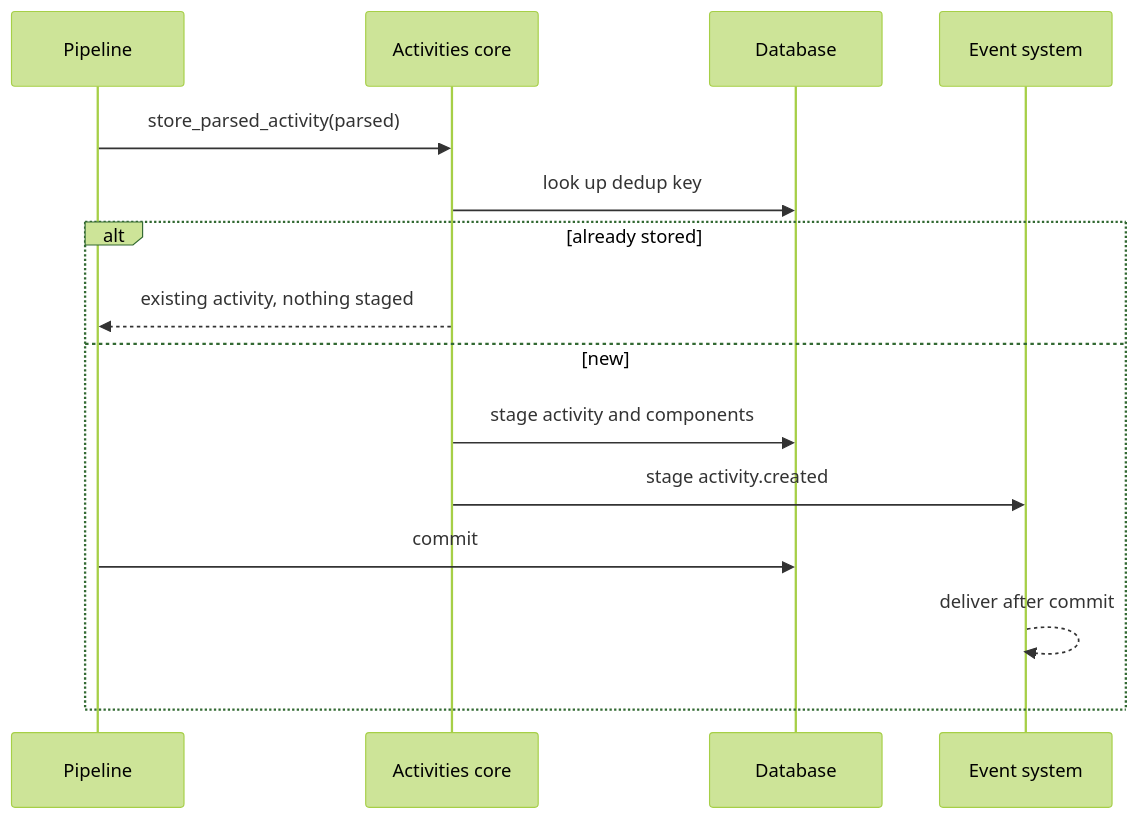
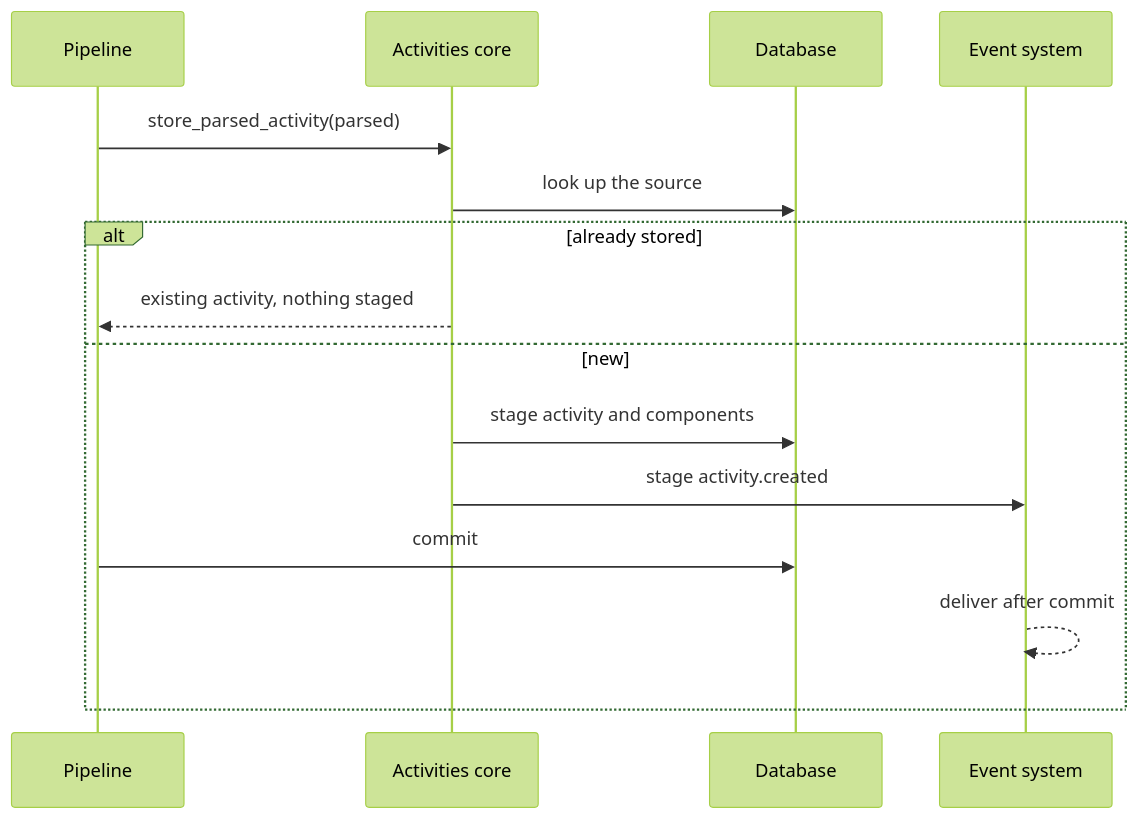
The second of 2 diagrams in docs/developer-guide/activity-ingestion.md (endurain-project/endurain), drawn with Mermaid (forest theme) before and after one commit. The commit also changed other lines of this file and 47 other files, not shown here.

````diff
--- a/docs/developer-guide/activity-ingestion.md
+++ b/docs/developer-guide/activity-ingestion.md
@@ -57,17 +60,17 @@
 ```mermaid
 sequenceDiagram
     participant Pipe as Pipeline
     participant Core as Activities core
     participant DB as Database
     participant Bus as Event system
     Pipe->>Core: store_parsed_activity(parsed)
-    Core->>DB: look up dedup key
+    Core->>DB: look up the source
     alt already stored
         Core-->>Pipe: existing activity, nothing staged
     else new
         Core->>DB: stage activity and components
         Core->>Bus: stage activity.created
         Pipe->>DB: commit
         Bus-->>Bus: deliver after commit
     end
 ```
````
